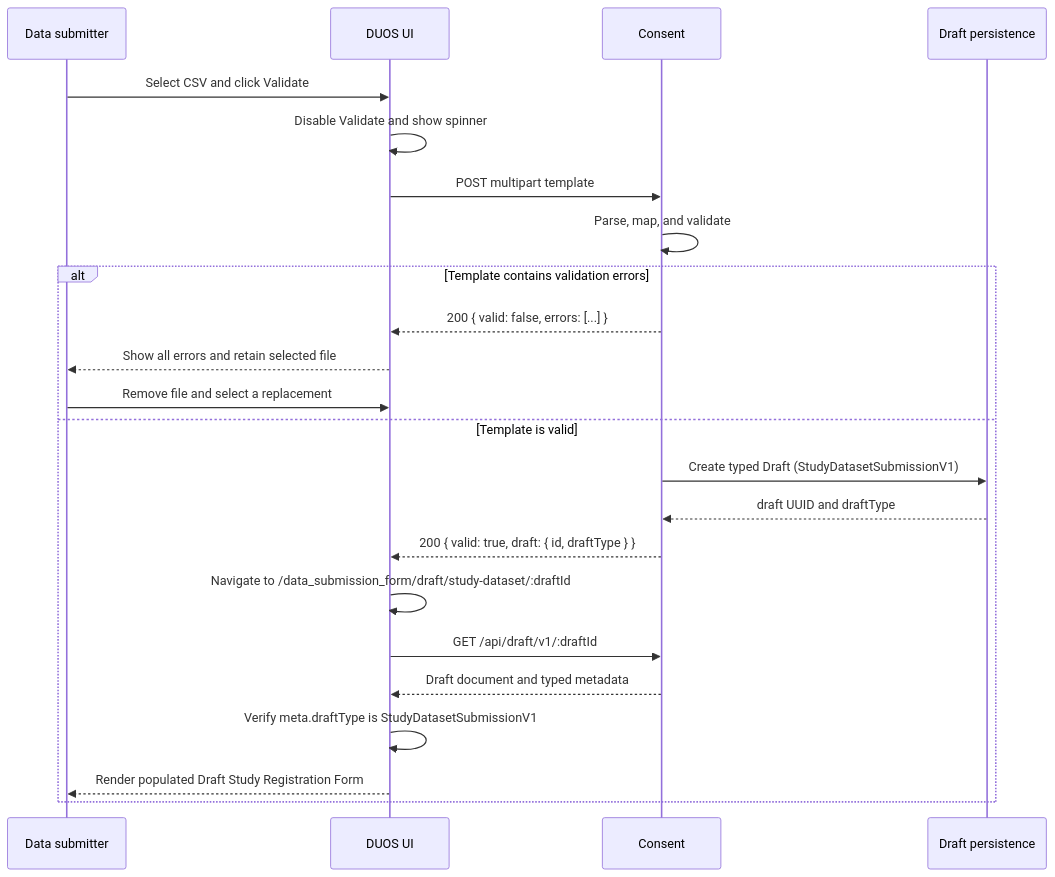
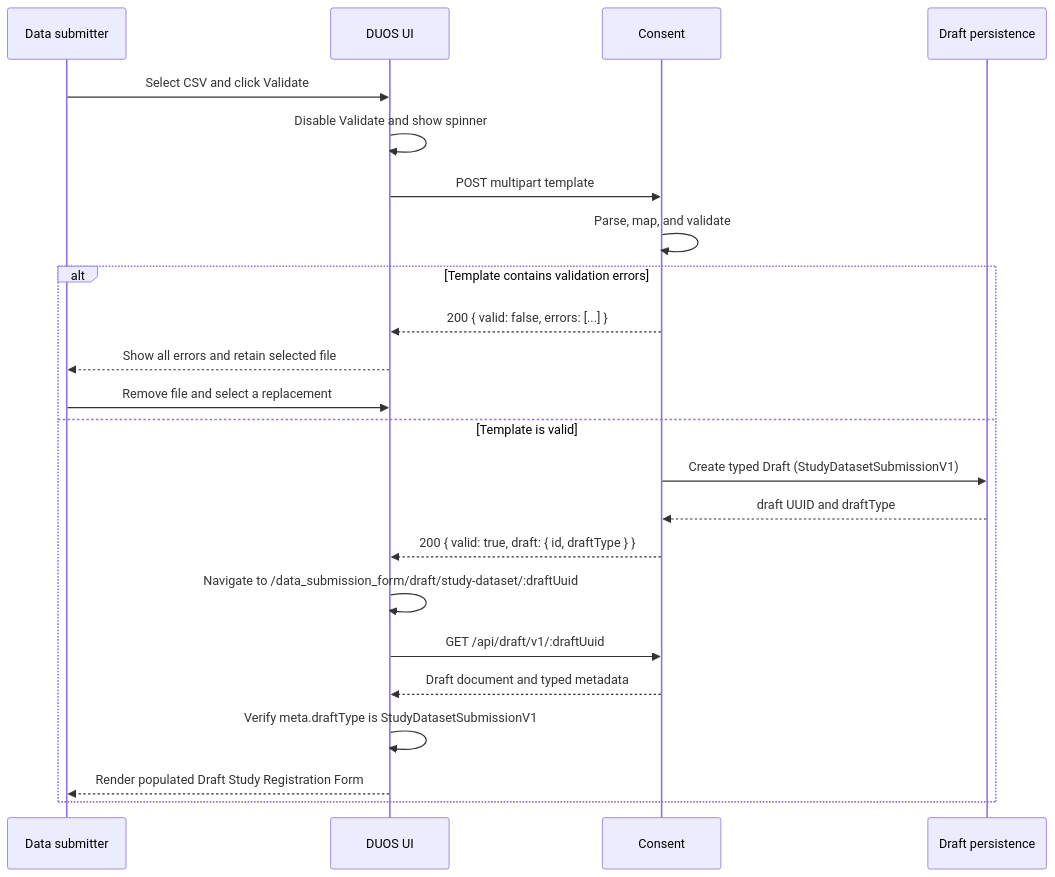
One commit to DataBiosphere/duos-ui changed the diagram in docs/plans/study-template-validation-workflow.md. Above: the diagram before and after it, drawn with Mermaid. The commit also changed other lines of this file and 10 other files, not shown here.

First line of the commit message:
[DT-3872] Address review feedback on the draft study form

````diff
--- a/docs/plans/study-template-validation-workflow.md
+++ b/docs/plans/study-template-validation-workflow.md
@@ -82,27 +82,27 @@
 ```mermaid
 sequenceDiagram
     participant U as Data submitter
     participant UI as DUOS UI
     participant API as Consent
     participant DB as Draft persistence
 
     U->>UI: Select CSV and click Validate
     UI->>UI: Disable Validate and show spinner
     UI->>API: POST multipart template
     API->>API: Parse, map, and validate
 
     alt Template contains validation errors
         API-->>UI: 200 { valid: false, errors: [...] }
         UI-->>U: Show all errors and retain selected file
         U->>UI: Remove file and select a replacement
     else Template is valid
         API->>DB: Create typed Draft (StudyDatasetSubmissionV1)
         DB-->>API: draft UUID and draftType
         API-->>UI: 200 { valid: true, draft: { id, draftType } }
-        UI->>UI: Navigate to /data_submission_form/draft/study-dataset/:draftId
-        UI->>API: GET /api/draft/v1/:draftId
+        UI->>UI: Navigate to /data_submission_form/draft/study-dataset/:draftUuid
+        UI->>API: GET /api/draft/v1/:draftUuid
         API-->>UI: Draft document and typed metadata
         UI->>UI: Verify meta.draftType is StudyDatasetSubmissionV1
         UI-->>U: Render populated Draft Study Registration Form
     end
 ```
````
